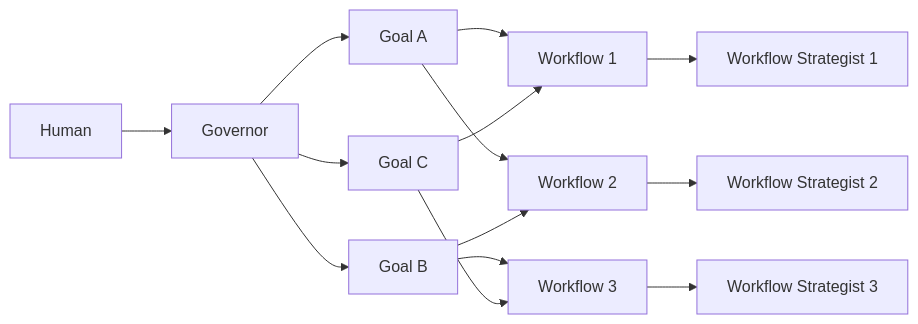
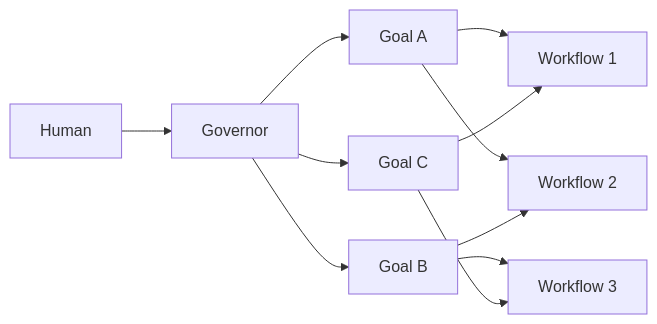
The fourth of 5 diagrams in ai-workflows/_common/roles/cross-workflow-governor.md (starodubtsevconsulting/ai-fleas), drawn with Mermaid before and after one commit. The commit also changed other lines of this file, not shown here.

````diff
--- a/ai-workflows/_common/roles/cross-workflow-governor.md
+++ b/ai-workflows/_common/roles/cross-workflow-governor.md
@@ -93,18 +99,14 @@
 ```mermaid
 flowchart LR
     H[Human] --> G[Governor]
     G --> GA[Goal A]
     G --> GB[Goal B]
     G --> GC[Goal C]
 
     GA --> W1[Workflow 1]
     GA --> W2[Workflow 2]
     GB --> W2
     GB --> W3[Workflow 3]
     GC --> W1
     GC --> W3
-
-    W1 --> S1[Workflow Strategist 1]
-    W2 --> S2[Workflow Strategist 2]
-    W3 --> S3[Workflow Strategist 3]
 ```
````
